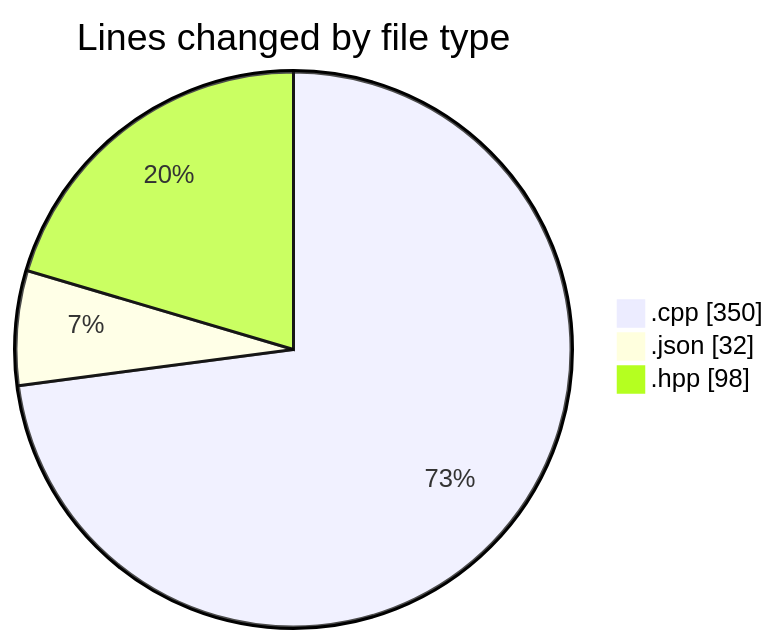
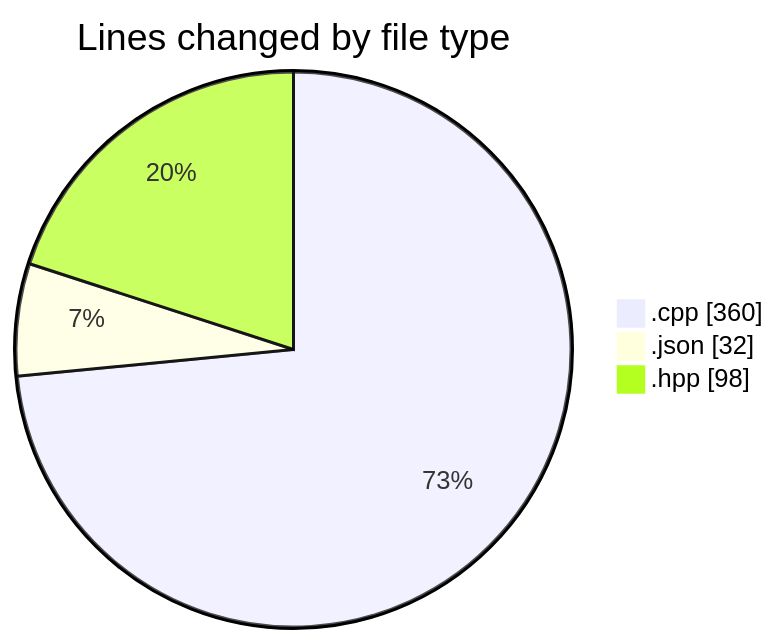
One commit to Netris89/code-tracking changed the first of 2 diagrams in 2025-04-23/echo/README.md. Above: the diagram before and after it, drawn with Mermaid. The commit also changed other lines of this file and 1 other file, not shown here.

````diff
--- a/2025-04-23/echo/README.md
+++ b/2025-04-23/echo/README.md
@@ -22,7 +22,7 @@
 ```mermaid
 pie showData
 title Lines changed by file type
-".cpp" : 350
+".cpp" : 360
 ".json" : 32
 ".hpp" : 98
 ```
````
